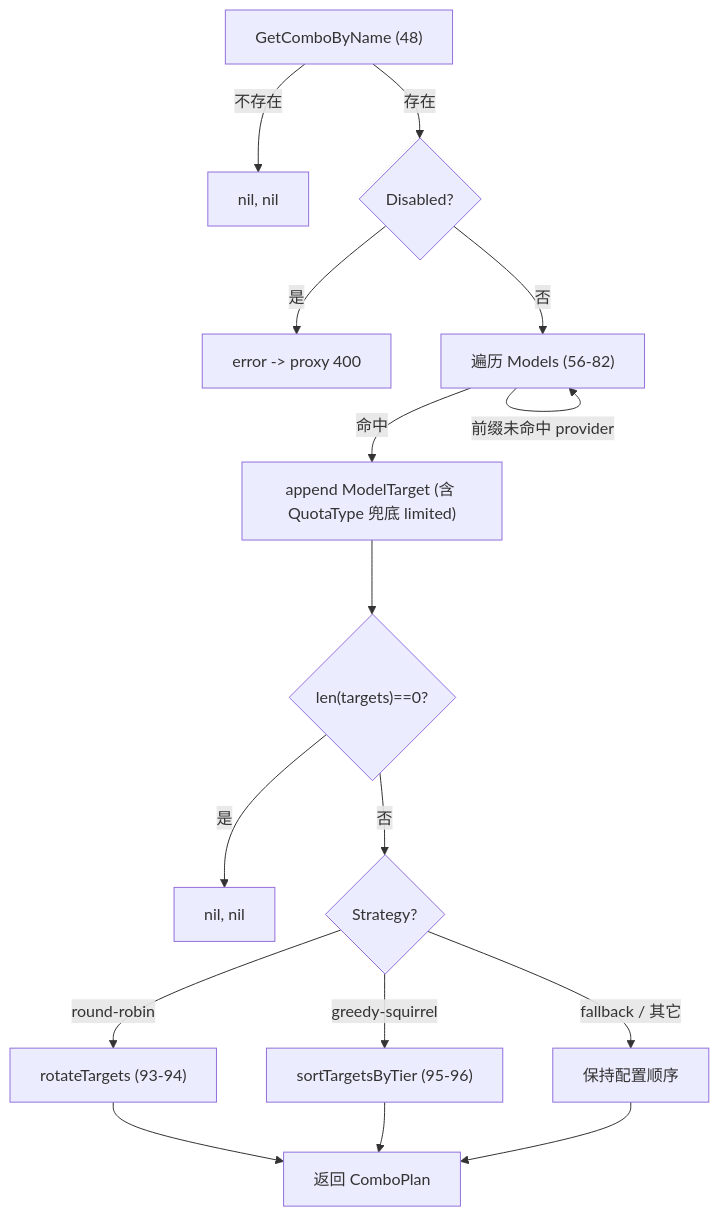
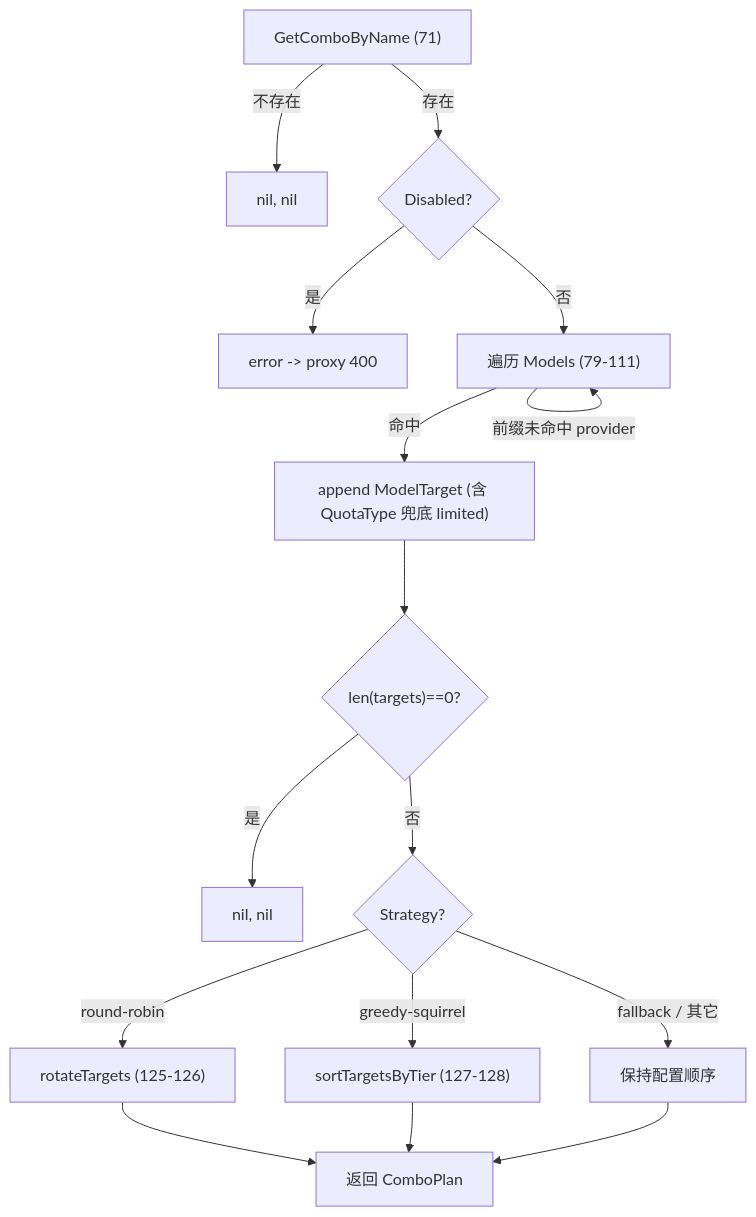
One commit to Darkstarrd-dev/tinyrouter changed the second of 2 diagrams in docs/combo-architecture.md. Above: the diagram before and after it, drawn with Mermaid. The commit also changed other lines of this file and 56 other files, not shown here.

````diff
--- a/docs/combo-architecture.md
+++ b/docs/combo-architecture.md
@@ -112,20 +112,20 @@
 ```mermaid
 flowchart TD
-    A["GetComboByName (48)"] -->|"不存在"| E1["nil, nil"]
+    A["GetComboByName (71)"] -->|"不存在"| E1["nil, nil"]
     A -->|"存在"| B{"Disabled?"}
     B -->|"是"| E2["error -> proxy 400"]
-    B -->|"否"| C["遍历 Models (56-82)"]
+    B -->|"否"| C["遍历 Models (79-111)"]
     C -->|"DisabledModels 命中"| C
     C -->|"SplitModel 无 /"| C
     C -->|"前缀未命中 provider"| C
     C -->|"命中"| D["append ModelTarget (含 QuotaType 兜底 limited)"]
     D --> F{"len(targets)==0?"}
     F -->|"是"| E3["nil, nil"]
     F -->|"否"| G{"Strategy?"}
-    G -->|"round-robin"| R["rotateTargets (93-94)"]
-    G -->|"greedy-squirrel"| S["sortTargetsByTier (95-96)"]
+    G -->|"round-robin"| R["rotateTargets (125-126)"]
+    G -->|"greedy-squirrel"| S["sortTargetsByTier (127-128)"]
     G -->|"fallback / 其它"| N["保持配置顺序"]
     R --> H["返回 ComboPlan"]
     S --> H
     N --> H
 ```
````
